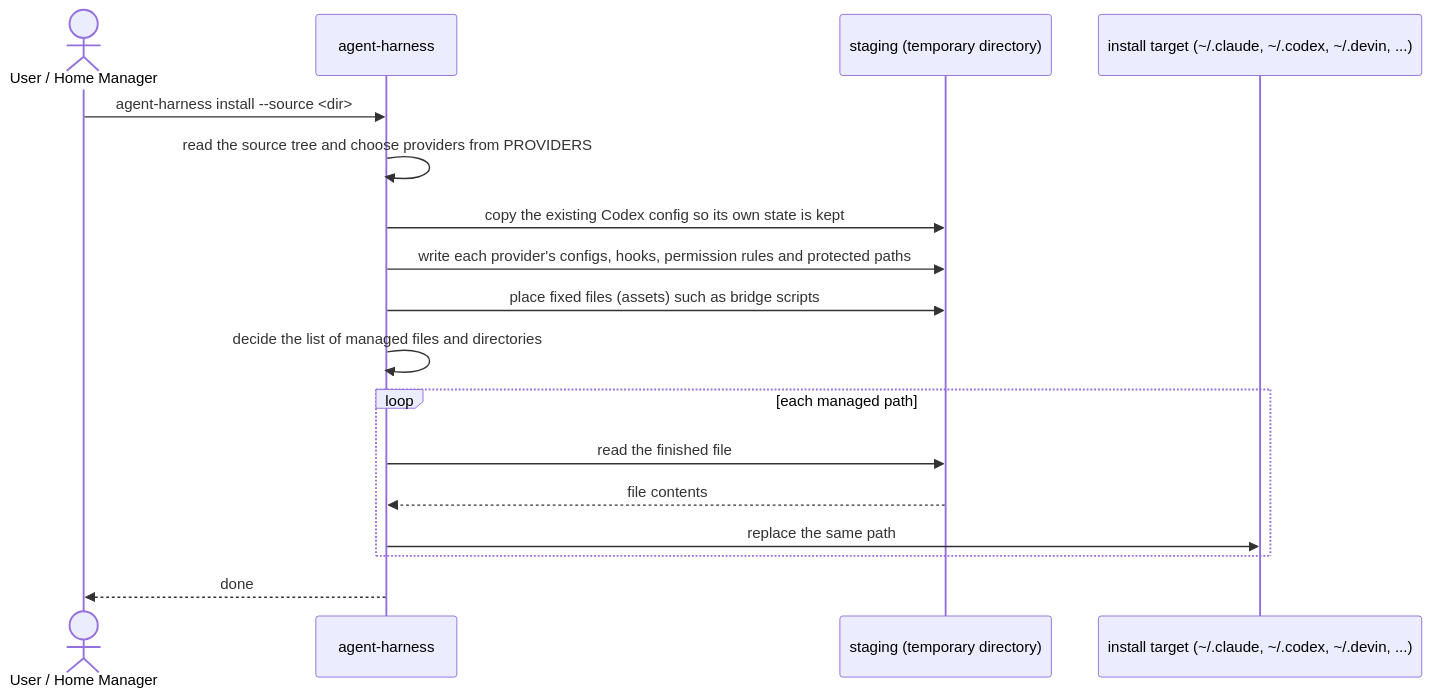
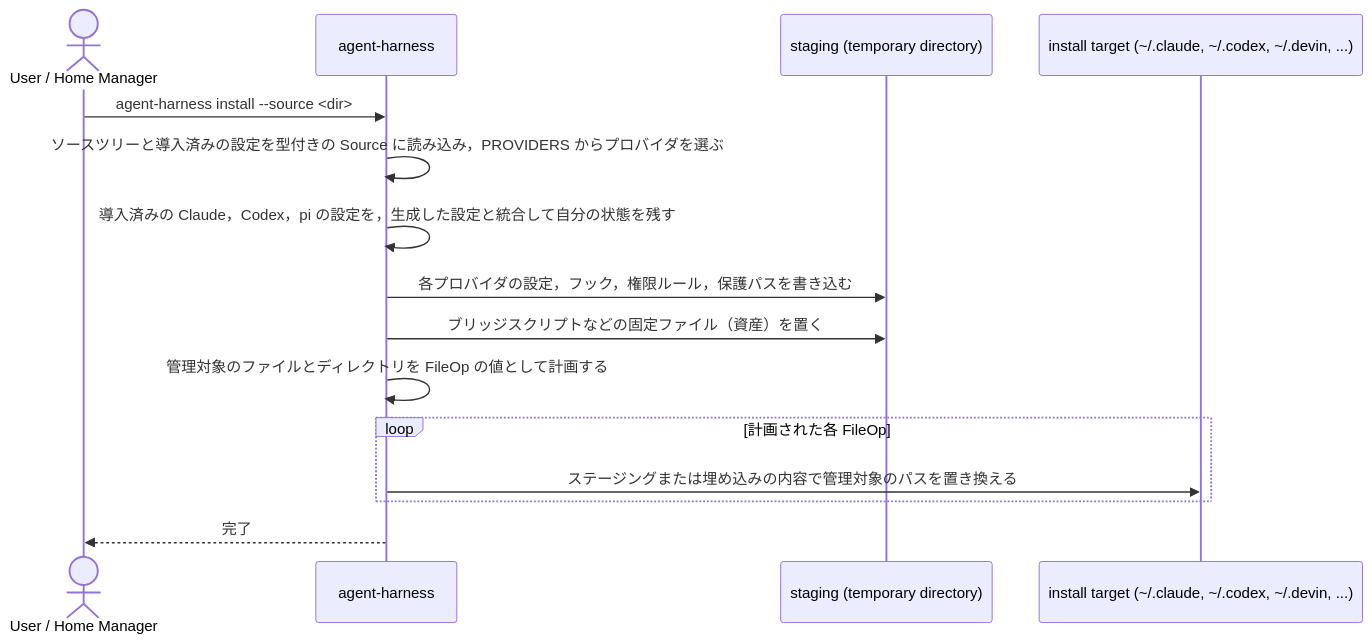
The second of 2 diagrams in docs/DESIGN_ja.md (furedea/agent-harness), drawn with Mermaid before and after one commit. The commit also changed other lines of this file and 5 other files, not shown here.

````diff
--- a/docs/DESIGN_ja.md
+++ b/docs/DESIGN_ja.md
@@ -126,19 +125,17 @@
 ```mermaid
 sequenceDiagram
   actor U as User / Home Manager
   participant A as agent-harness
   participant S as staging (temporary directory)
   participant H as install target (~/.claude, ~/.codex, ~/.devin, ...)
   U->>A: agent-harness install --source <dir>
-  A->>A: read the source tree and choose providers from PROVIDERS
-  A->>S: copy the existing Codex config so its own state is kept
-  A->>S: write each provider's configs, hooks, permission rules and protected paths
-  A->>S: place fixed files (assets) such as bridge scripts
-  A->>A: decide the list of managed files and directories
-  loop each managed path
-    A->>S: read the finished file
-    S-->>A: file contents
-    A->>H: replace the same path
+  A->>A: ソースツリーと導入済みの設定を型付きの Source に読み込み，PROVIDERS からプロバイダを選ぶ
+  A->>A: 導入済みの Claude，Codex，pi の設定を，生成した設定と統合して自分の状態を残す
+  A->>S: 各プロバイダの設定，フック，権限ルール，保護パスを書き込む
+  A->>S: ブリッジスクリプトなどの固定ファイル（資産）を置く
+  A->>A: 管理対象のファイルとディレクトリを FileOp の値として計画する
+  loop 計画された各 FileOp
+    A->>H: ステージングまたは埋め込みの内容で管理対象のパスを置き換える
   end
-  A-->>U: done
+  A-->>U: 完了
 ```
````
